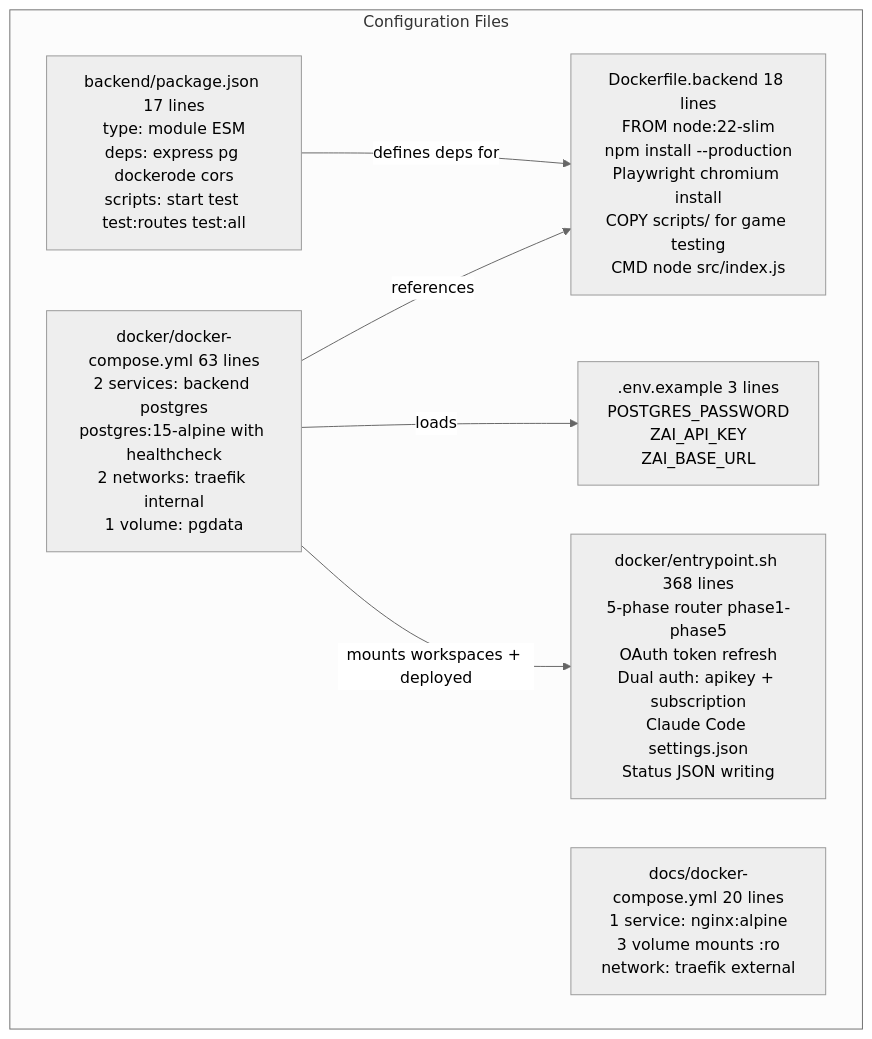
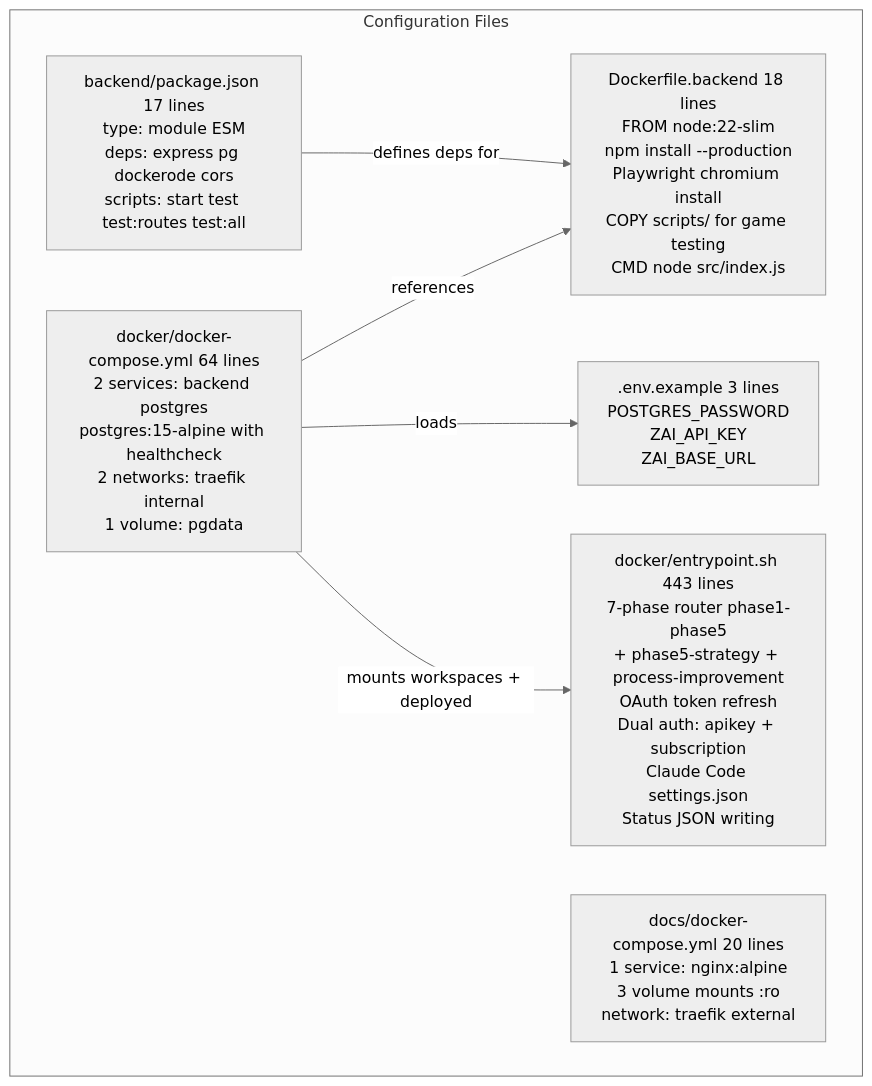
Before and after one commit to J-Gierend/gamePocGen: the second of 3 diagrams in AI/document/08-config.md, drawn with Mermaid (neutral theme). The commit also changed other lines of this file and 7 other files, not shown here.

First line of the commit message:
docs: update architecture docs, remove orphaned files

````diff
--- a/AI/document/08-config.md
+++ b/AI/document/08-config.md
@@ -76,16 +76,16 @@
 ```mermaid
 graph TD
     subgraph "Configuration Files"
         PKG["backend/package.json 17 lines\ntype: module ESM\ndeps: express pg dockerode cors\nscripts: start test test:routes test:all"]
-        DC["docker/docker-compose.yml 63 lines\n2 services: backend postgres\npostgres:15-alpine with healthcheck\n2 networks: traefik internal\n1 volume: pgdata"]
+        DC["docker/docker-compose.yml 64 lines\n2 services: backend postgres\npostgres:15-alpine with healthcheck\n2 networks: traefik internal\n1 volume: pgdata"]
         DDC["docs/docker-compose.yml 20 lines\n1 service: nginx:alpine\n3 volume mounts :ro\nnetwork: traefik external"]
         DBK["Dockerfile.backend 18 lines\nFROM node:22-slim\nnpm install --production\nPlaywright chromium install\nCOPY scripts/ for game testing\nCMD node src/index.js"]
-        ENT["docker/entrypoint.sh 368 lines\n5-phase router phase1-phase5\nOAuth token refresh\nDual auth: apikey + subscription\nClaude Code settings.json\nStatus JSON writing"]
+        ENT["docker/entrypoint.sh 443 lines\n7-phase router phase1-phase5\n+ phase5-strategy + process-improvement\nOAuth token refresh\nDual auth: apikey + subscription\nClaude Code settings.json\nStatus JSON writing"]
         ENV[".env.example 3 lines\nPOSTGRES_PASSWORD\nZAI_API_KEY\nZAI_BASE_URL"]
     end
 
     PKG -->|"defines deps for"| DBK
     DC -->|"references"| DBK
     DC -->|"loads"| ENV
     DC -->|"mounts workspaces + deployed"| ENT
 ```
````
